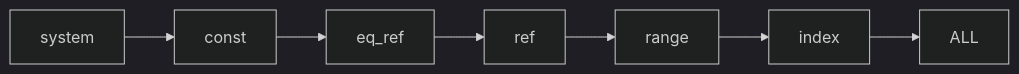
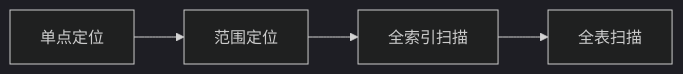
The second of 3 diagrams in blog/database/MySQL/MySQL执行计划.md (Igarashi-G/Igarashi-G.github.io), drawn with Mermaid (dark theme) before and after one commit. The commit also changed other lines of this file and 278 other files, not shown here.

````diff
--- a/blog/database/MySQL/MySQL执行计划.md
+++ b/blog/database/MySQL/MySQL执行计划.md
@@ -136,9 +115,6 @@
 ```mermaid
-graph LR
-    A[system] --> B[const]
-    B --> C[eq_ref]
-    C --> D[ref]
-    D --> E[range]
-    E --> F[index]
-    F --> G[ALL]
+flowchart LR
+    point[单点定位] --> range[范围定位]
+    range --> fullIndex[全索引扫描]
+    fullIndex --> fullTable[全表扫描]
 ```
````
